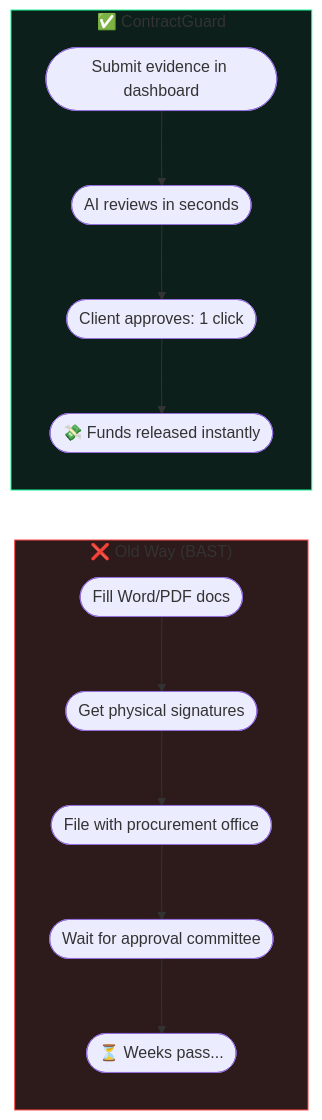
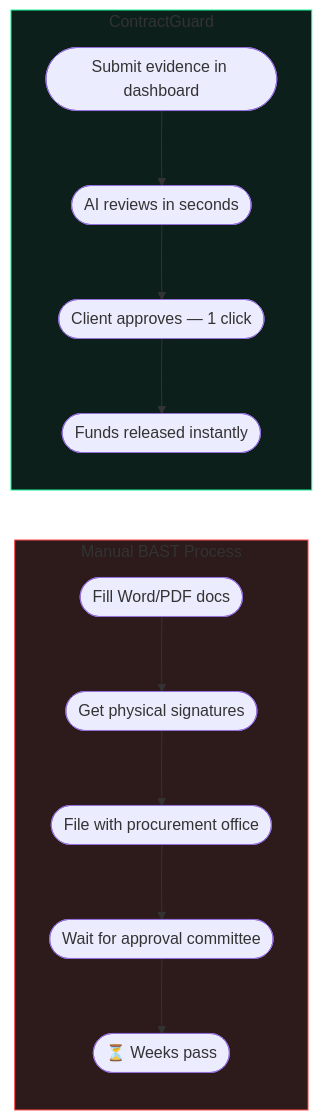
One commit to ContracGuardAI/frontend changed the first of 2 diagrams in docs/product/why-us.md. Above: the diagram before and after it, drawn with Mermaid. The commit also changed other lines of this file and 6 other files, not shown here.

````diff
--- a/docs/product/why-us.md
+++ b/docs/product/why-us.md
@@ -61,20 +61,20 @@
 ```mermaid
 flowchart LR
-    subgraph OLD ["❌ Old Way (BAST)"]
+    subgraph OLD ["Manual BAST Process"]
         direction TB
         O1([Fill Word/PDF docs]) --> O2([Get physical signatures])
         O2 --> O3([File with procurement office])
         O3 --> O4([Wait for approval committee])
-        O4 --> O5([⏳ Weeks pass...])
+        O4 --> O5([⏳ Weeks pass])
     end
 
-    subgraph NEW ["✅ ContractGuard"]
+    subgraph NEW ["ContractGuard"]
         direction TB
         N1([Submit evidence in dashboard]) --> N2([AI reviews in seconds])
-        N2 --> N3([Client approves: 1 click])
-        N3 --> N4([💸 Funds released instantly])
+        N2 --> N3([Client approves — 1 click])
+        N3 --> N4([Funds released instantly])
     end
 
     style OLD fill:#2d1b1b,stroke:#ff4444
     style NEW fill:#0d1f1a,stroke:#14F195
 ```
````
